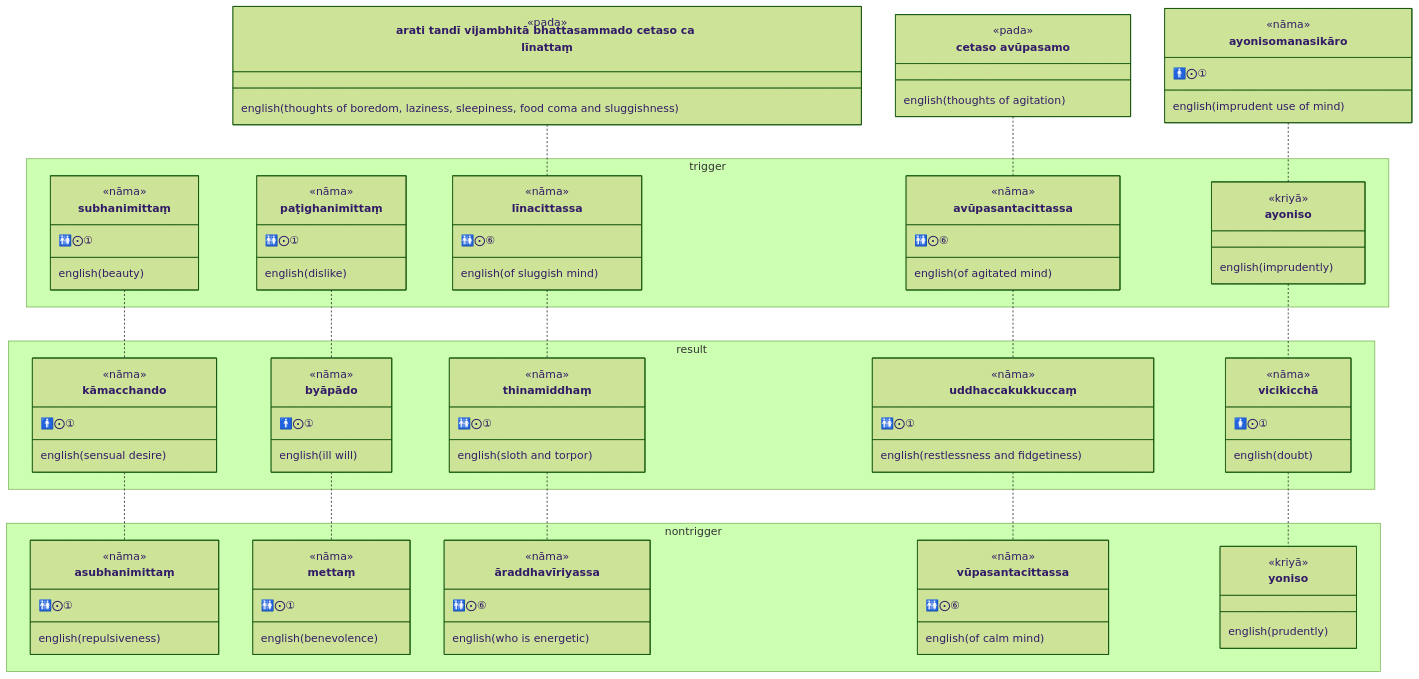
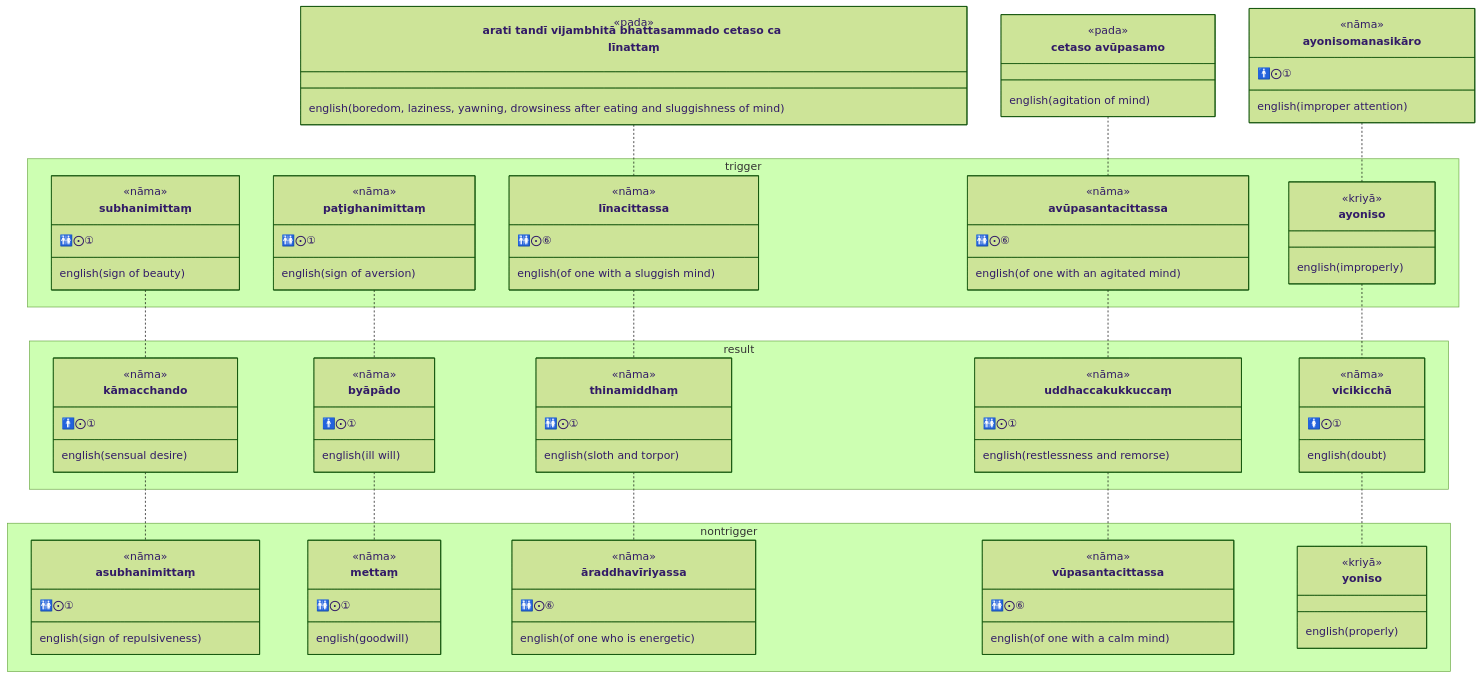
Before and after one commit to ChristineTham/buddhavacana: the third of 3 diagrams in src/content/docs/Sutta/hindrances.md, drawn with Mermaid (forest theme). The commit also changed other lines of this file, not shown here.

```diff
--- a/src/content/docs/Sutta/hindrances.md
+++ b/src/content/docs/Sutta/hindrances.md
@@ -276,41 +276,41 @@
 classDiagram
   class līnacitta["arati tandī vijambhitā bhattasammado cetaso ca līnattaṃ"] {
     <<pada>>
-    english(thoughts of boredom, laziness, sleepiness, food coma and sluggishness)
+    english(boredom, laziness, yawning, drowsiness after eating and sluggishness of mind)
   }
   class avūpasantacitta["cetaso avūpasamo"] {
     <<pada>>
-    english(thoughts of agitation)
+    english(agitation of mind)
   }
   class ayonisomanasikāro {
     <<nāma>>
     🚹⨀①
-    english(imprudent use of mind)
+    english(improper attention)
   }
   namespace trigger {
     class subhanimittaṃ {
       <<nāma>>
       🚻⨀①
-      english(beauty)
+      english(sign of beauty)
     }
     class paṭighanimittaṃ {
       <<nāma>>
       🚻⨀①
-      english(dislike)
+      english(sign of aversion)
     }
     class līnacittassa {
       <<nāma>>
       🚻⨀⑥
-      english(of sluggish mind)
+      english(of one with a sluggish mind)
     }
     class avūpasantacittassa {
       <<nāma>>
       🚻⨀⑥
-      english(of agitated mind)
+      english(of one with an agitated mind)
     }
     class ayoniso {
       <<kriyā>>
-      english(imprudently)
+      english(improperly)
     }
   }
   namespace result {
@@ -332,7 +332,7 @@
     class uddhaccakukkuccaṃ {
       <<nāma>>
       🚻⨀①
-      english(restlessness and fidgetiness)
+      english(restlessness and remorse)
     }
     class vicikicchā {
       <<nāma>>
@@ -344,26 +344,26 @@
     class asubhanimittaṃ {
       <<nāma>>
       🚻⨀①
-      english(repulsiveness)
+      english(sign of repulsiveness)
     }
     class mettaṃ {
       <<nāma>>
       🚻⨀①
-      english(benevolence)
+      english(goodwill)
     }
     class āraddhavīriyassa {
       <<nāma>>
       🚻⨀⑥
-      english(who is energetic)
+      english(of one who is energetic)
     }
     class vūpasantacittassa {
       <<nāma>>
       🚻⨀⑥
-      english(of calm mind)
+      english(of one with a calm mind)
     }
     class yoniso {
       <<kriyā>>
-      english(prudently)
+      english(properly)
     }
   }
   subhanimittaṃ .. kāmacchando
```
